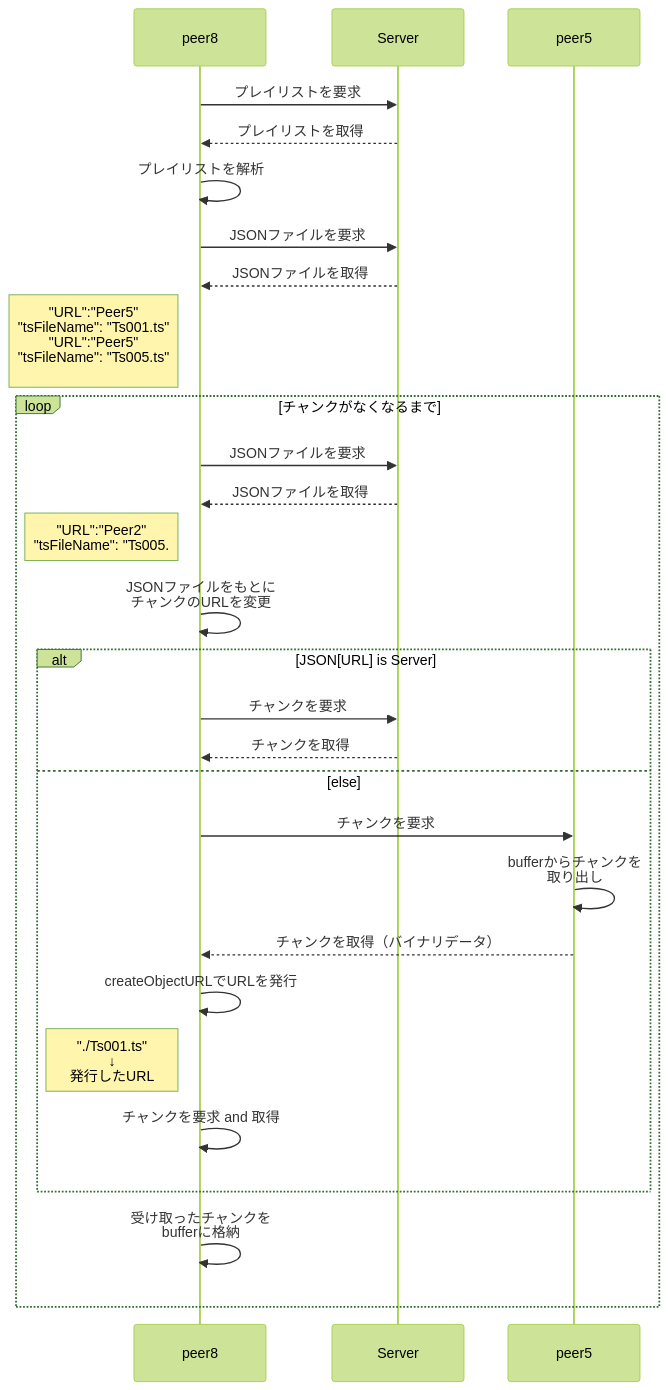
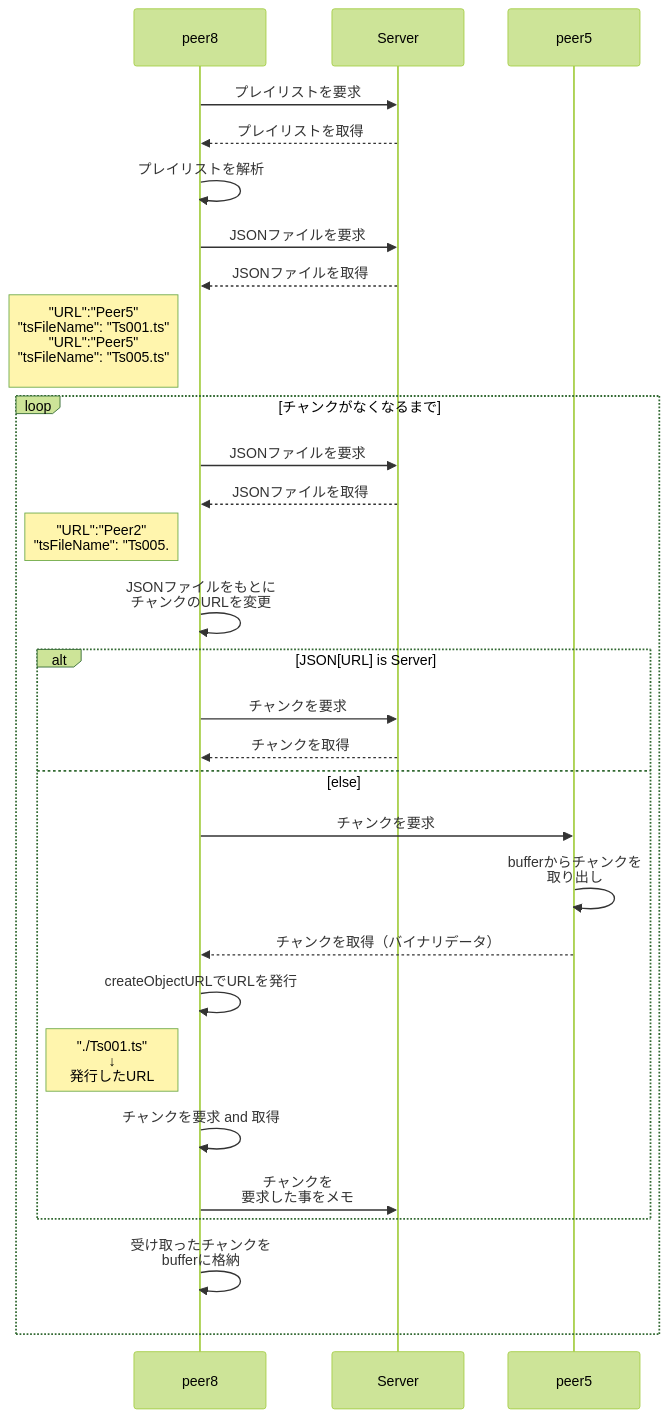
The diagram in hlsjs/demo/test.md (naokiChiba68688/fkmstc.github.io), drawn with Mermaid (forest theme) before and after one commit. The commit also changed 1 other file, not shown here.

Commit message:
addPeerToPeerToServer
ピアtoピアでチャンクを取得したときのイベントを発生させる
→ここでサーバにメモさせる

````diff
--- a/hlsjs/demo/test.md
+++ b/hlsjs/demo/test.md
@@ -1,27 +1,28 @@
 ```mermaid
 sequenceDiagram
 		peer8->>Server: プレイリストを要求
 		Server-->>peer8: プレイリストを取得
 		peer8->>peer8: プレイリストを解析
 		peer8->>Server: JSONファイルを要求
 		Server-->>peer8: JSONファイルを取得
 		Note left of peer8 : "URL":"Peer5"<br>"tsFileName": "Ts001.ts"<br>"URL":"Peer5"<br>"tsFileName": "Ts005.ts"<br>
 		loop チャンクがなくなるまで
 		peer8->>Server: JSONファイルを要求
 		Server-->>peer8: JSONファイルを取得
 		Note left of peer8 : "URL":"Peer2"<br>"tsFileName": "Ts005.
 		peer8->>peer8: JSONファイルをもとに<br>チャンクのURLを変更
 		alt JSON[URL] is Server
 		peer8->>Server: チャンクを要求
 		Server-->>peer8: チャンクを取得
 		else else
 		peer8->>peer5: チャンクを要求
 		peer5->>peer5: bufferからチャンクを<br>取り出し
 		peer5-->>peer8: チャンクを取得（バイナリデータ）
 		peer8->>peer8: createObjectURLでURLを発行
 		Note left of peer8 : "./Ts001.ts"<br>↓<br>発行したURL
 		peer8->>peer8: チャンクを要求 and 取得
+		peer8->>Server: チャンクを<br>要求した事をメモ
 		end
 		peer8->>peer8: 受け取ったチャンクを<br>bufferに格納
 		end
 ```
````
